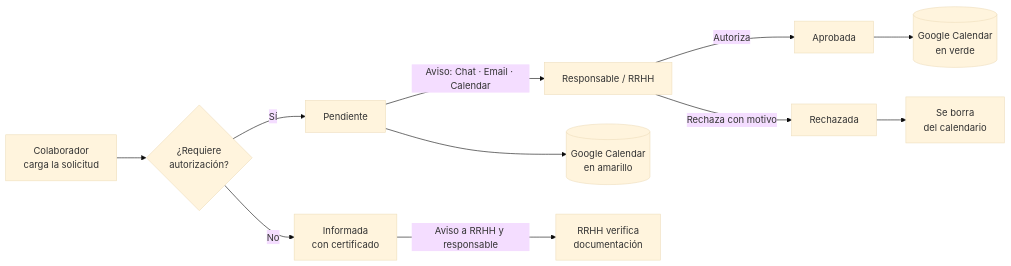
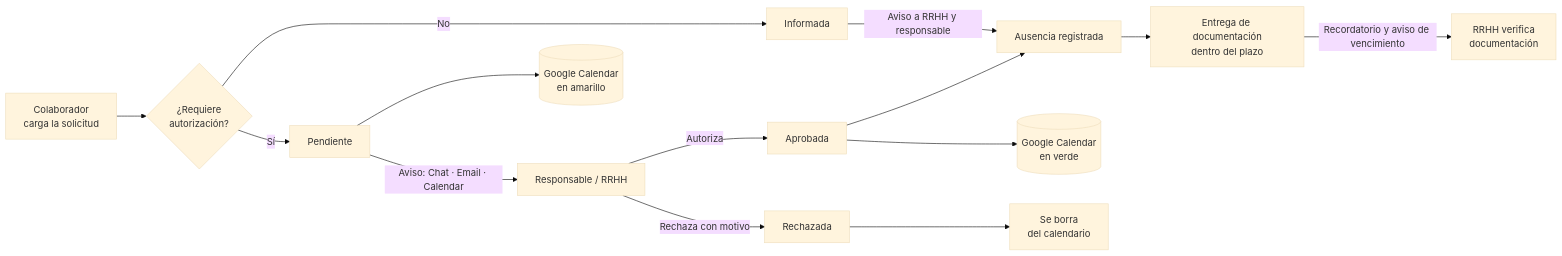
Before and after one commit to bsierra4262/rrhh.intellihelp.tech: the diagram in README.md, drawn with Mermaid (base theme). The commit also changed other lines of this file and 49 other files, not shown here.

````diff
--- a/README.md
+++ b/README.md
@@ -140,13 +160,16 @@
 ```mermaid
 flowchart LR
     A[Colaborador<br>carga la solicitud] --> B{¿Requiere<br>autorización?}
     B -- Sí --> C[Pendiente]
     C -->|Aviso: Chat · Email · Calendar| D[Responsable / RRHH]
     D -->|Autoriza| E[Aprobada]
     D -->|Rechaza con motivo| F[Rechazada]
-    B -- No --> G[Informada<br>con certificado]
-    G -->|Aviso a RRHH y responsable| H[RRHH verifica<br>documentación]
+    B -- No --> G[Informada]
+    G -->|Aviso a RRHH y responsable| R[Ausencia registrada]
+    E --> R
+    R --> P[Entrega de documentación<br>dentro del plazo]
+    P -->|Recordatorio y aviso de vencimiento| H[RRHH verifica<br>documentación]
     E --> I[(Google Calendar<br>en verde)]
     C --> J[(Google Calendar<br>en amarillo)]
     F --> K[Se borra<br>del calendario]
 ```
````
